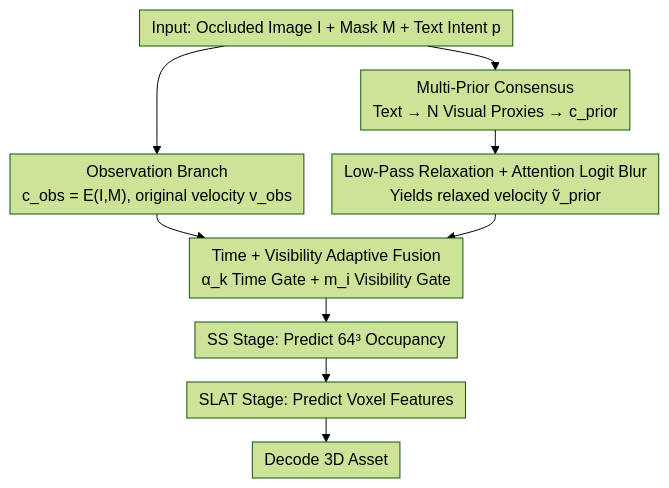
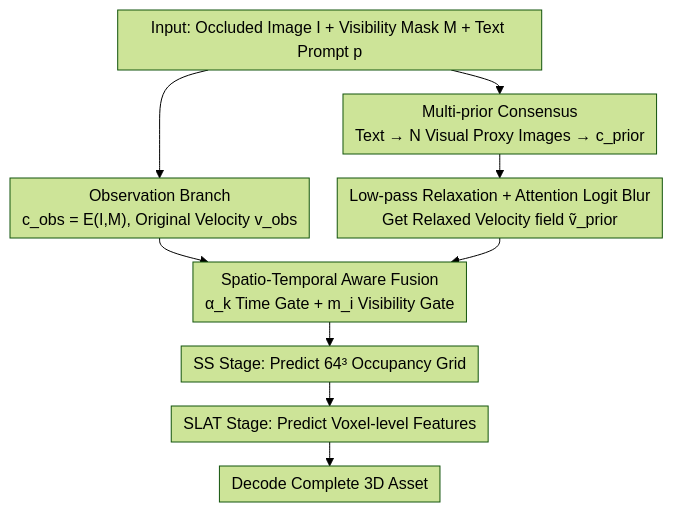
Before and after one commit to zhaoyang97/Paper-Notes-en: the diagram in docs/ICML2026/3d_vision/relaxflow_text-driven_amodal_3d_generation.md, drawn with Mermaid (forest theme). The commit also changed other lines of this file and 5084 other files, not shown here.

````diff
--- a/docs/ICML2026/3d_vision/relaxflow_text-driven_amodal_3d_generation.md
+++ b/docs/ICML2026/3d_vision/relaxflow_text-driven_amodal_3d_generation.md
@@ -47,12 +47,12 @@
 ```mermaid
 %%{init: {'flowchart': {'rankSpacing': 24, 'nodeSpacing': 28, 'padding': 6, 'wrappingWidth': 400}}}%%
 flowchart TD
-    A["Input: Occluded Image I + Mask M + Text Intent p"] --> B["Observation Branch<br/>c_obs = E(I,M), original velocity v_obs"]
-    A --> C["Multi-Prior Consensus<br/>Text → N Visual Proxies → c_prior"]
-    C --> D["Low-Pass Relaxation + Attention Logit Blur<br/>Yields relaxed velocity ṽ_prior"]
-    B --> E["Time + Visibility Adaptive Fusion<br/>α_k Time Gate + m_i Visibility Gate"]
+    A["Input: Occluded Image I + Visibility Mask M + Text Prompt p"] --> B["Observation Branch<br/>c_obs = E(I,M), Original Velocity v_obs"]
+    A --> C["Multi-prior Consensus<br/>Text → N Visual Proxy Images → c_prior"]
+    C --> D["Low-pass Relaxation + Attention Logit Blur<br/>Get Relaxed Velocity field ṽ_prior"]
+    B --> E["Spatio-Temporal Aware Fusion<br/>α_k Time Gate + m_i Visibility Gate"]
     D --> E
-    E --> F["SS Stage: Predict 64³ Occupancy"]
-    F --> G["SLAT Stage: Predict Voxel Features"]
-    G --> H["Decode 3D Asset"]
+    E --> F["SS Stage: Predict 64³ Occupancy Grid"]
+    F --> G["SLAT Stage: Predict Voxel-level Features"]
+    G --> H["Decode Complete 3D Asset"]
 ```
````
